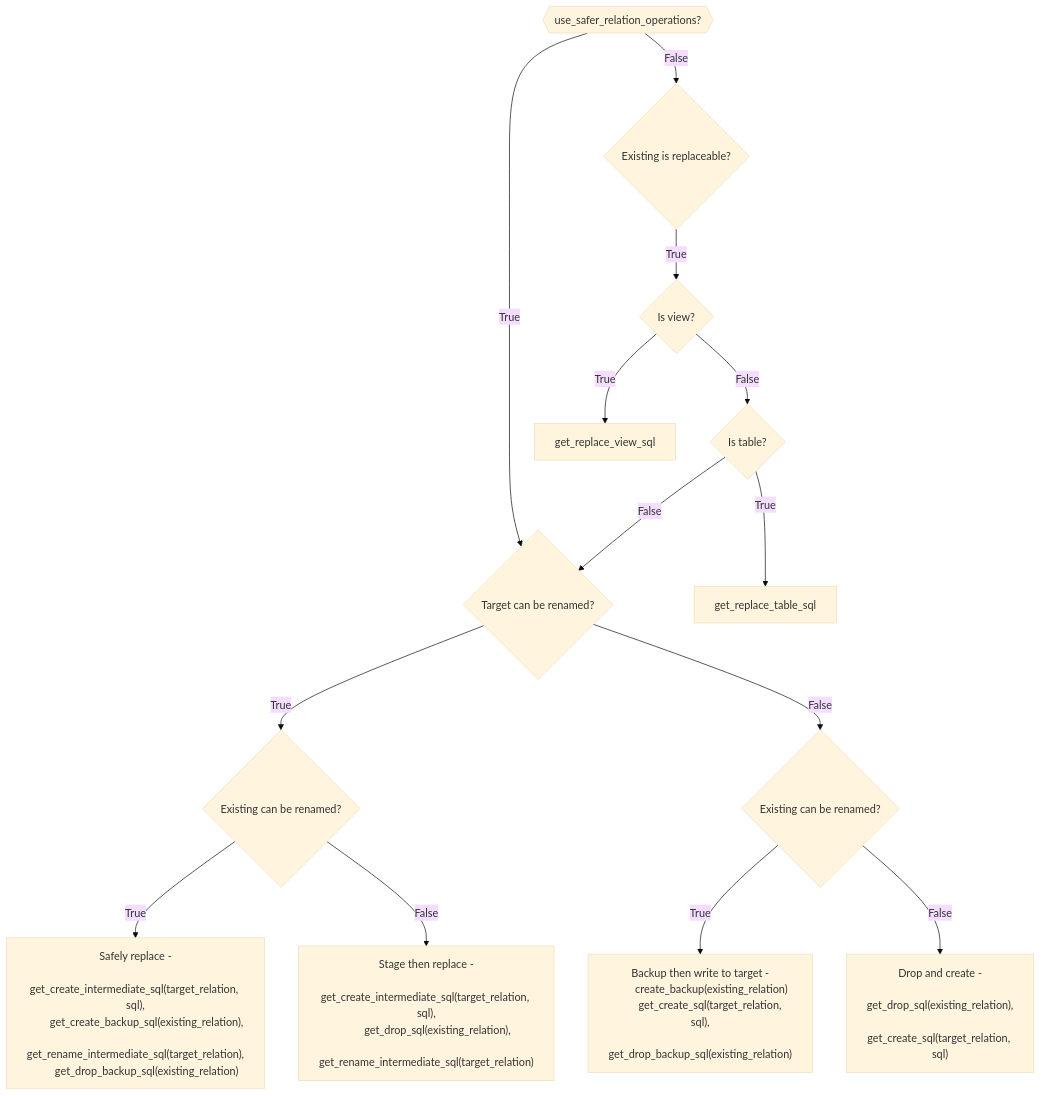
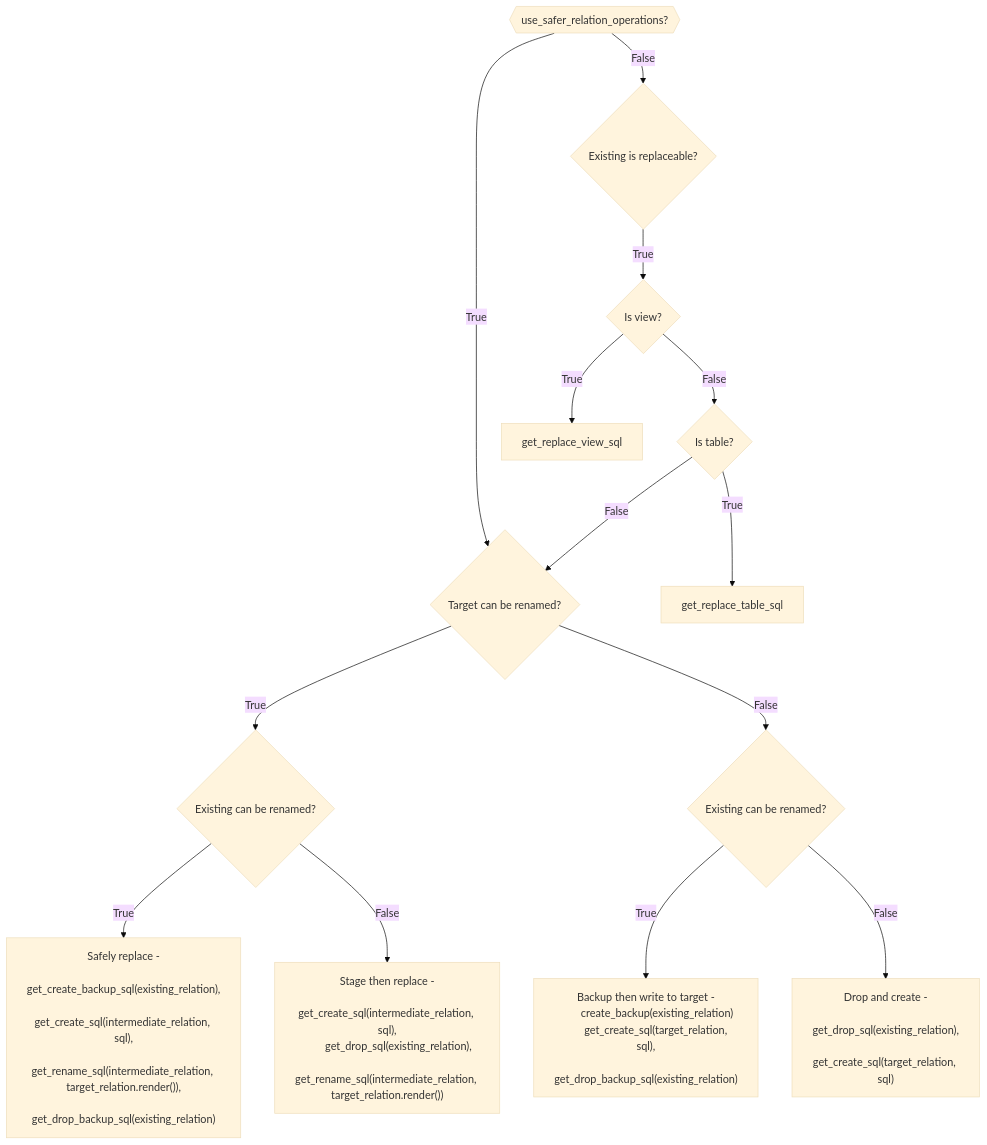
Before and after one commit to databricks/dbt-databricks: the diagram in docs/replace_flow.md, drawn with Mermaid (base theme). The commit also changed 7 other files, not shown here.

Commit message:
fixes to replace flows + update documentation

````diff
--- a/docs/replace_flow.md
+++ b/docs/replace_flow.md
@@ -9,44 +9,44 @@
 ```mermaid
 flowchart TD
     SAFE{{use_safer_relation_operations?}}
     D1{Existing is replaceable?}
     D2{Is view?}
     D3{Is table?}
     D4{Target can be renamed?}
     D5{Existing can be renamed?}
     D6{Existing can be renamed?}
 
     SAFE_REPLACE["Safely replace -
-        get_create_intermediate_sql(target_relation, sql),
         get_create_backup_sql(existing_relation),
-        get_rename_intermediate_sql(target_relation),
+        get_create_sql(intermediate_relation, sql),
+        get_rename_sql(intermediate_relation, target_relation.render()),
         get_drop_backup_sql(existing_relation)"]
 
     STAGE_THEN_REPLACE["Stage then replace -
-        get_create_intermediate_sql(target_relation, sql),
+        get_create_sql(intermediate_relation, sql),
         get_drop_sql(existing_relation),
-        get_rename_intermediate_sql(target_relation)"]
+        get_rename_sql(intermediate_relation, target_relation.render())"]
 
     BACKUP_THEN_REPLACE["Backup then write to target -
         create_backup(existing_relation)
         get_create_sql(target_relation, sql),
         get_drop_backup_sql(existing_relation)"]
 
     DROP_AND_CREATE["Drop and create -
         get_drop_sql(existing_relation),
         get_create_sql(target_relation, sql)"]
 
     SAFE--False-->D1
     SAFE--True-->D4
     D1--True-->D2
     D2--True-->get_replace_view_sql
     D2--False-->D3
     D3--True-->get_replace_table_sql
     D3--False-->D4
     D4--True-->D5
     D4--False-->D6
     D5--True-->SAFE_REPLACE
     D5--False-->STAGE_THEN_REPLACE
     D6--True-->BACKUP_THEN_REPLACE
     D6--False-->DROP_AND_CREATE
 ```
````
